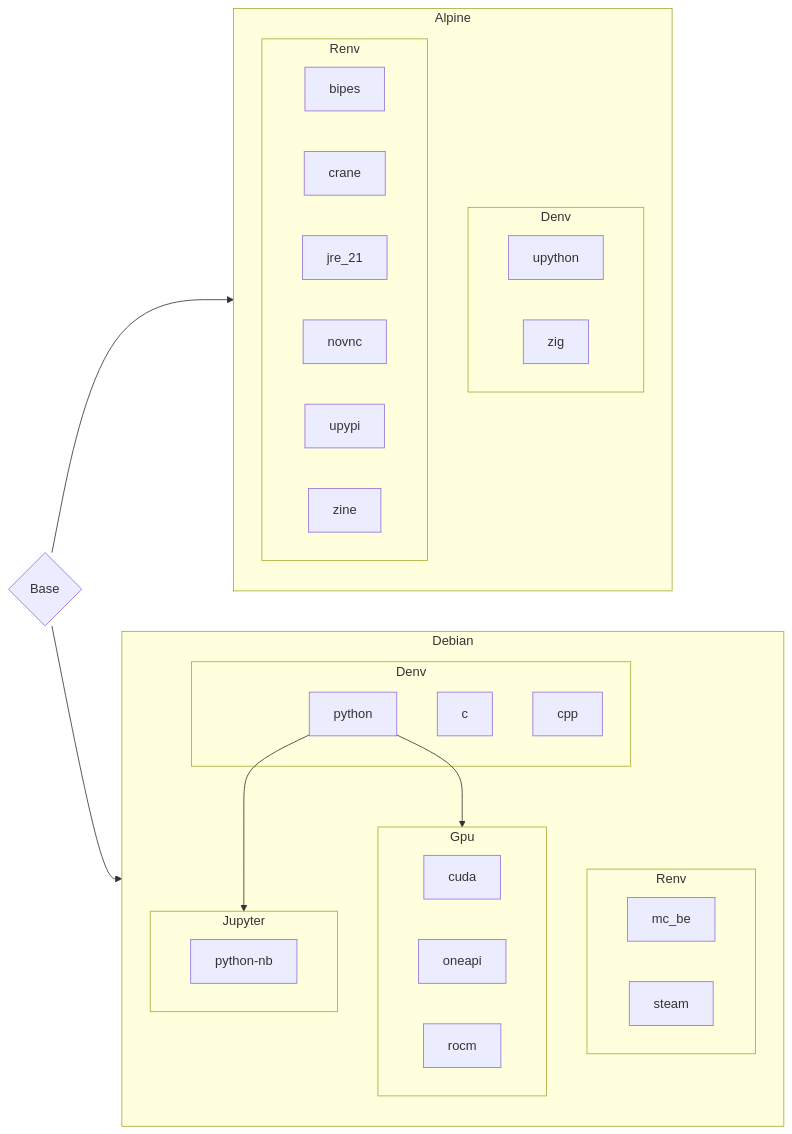
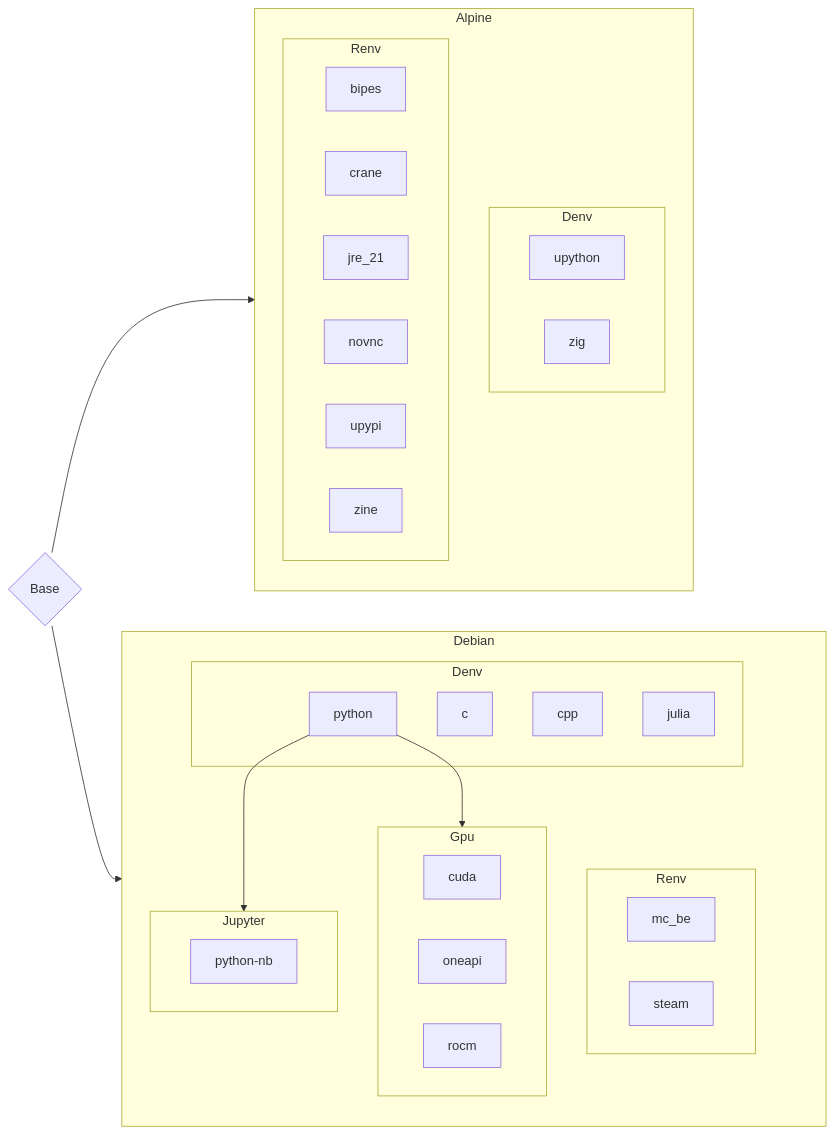
The diagram in README.md (ben0i0d/cenv), drawn with Mermaid before and after one commit. The commit also changed 4 other files, not shown here.

````diff
--- a/README.md
+++ b/README.md
@@ -58,47 +58,48 @@
 ```mermaid
 graph LR
 
 B{Base} --> Alpine
 B --> Debian
 
 subgraph Alpine
     subgraph AD[Denv]
     upython
     zig
     end
     
     subgraph AR[Renv]
     bipes
     crane
     jre_21
     novnc
     upypi
     zine
     end
 end
 
 subgraph Debian
     subgraph DD[Denv]
     c
     cpp
+    julia
     python
     end
 
     subgraph DR[Renv]
     mc_be
     steam
     end
 
     python-->Gpu
     subgraph Gpu
     cuda
     oneapi
     rocm
     end
 
     python-->Jupyter
     subgraph Jupyter
     python-nb
     end
 end
 ```
````
